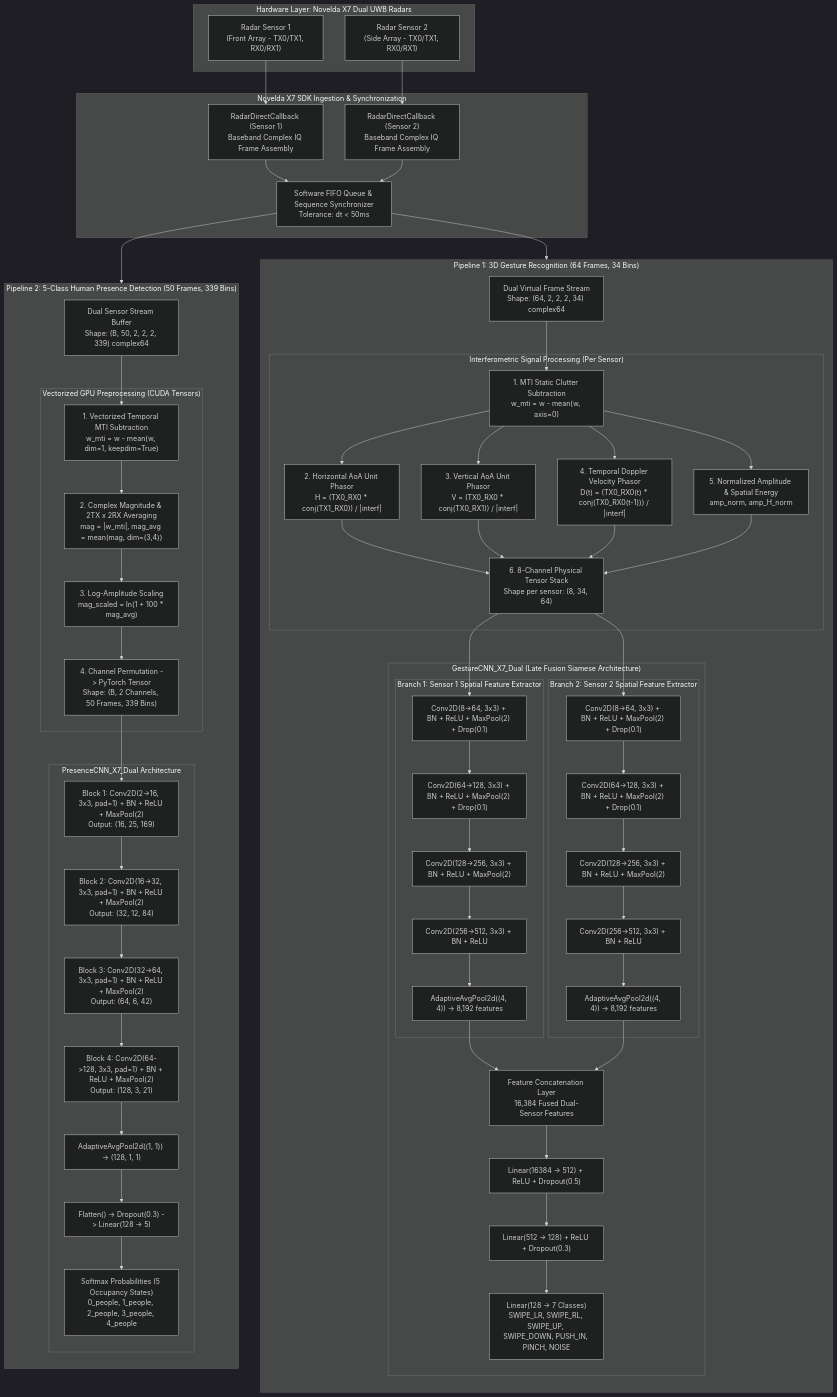
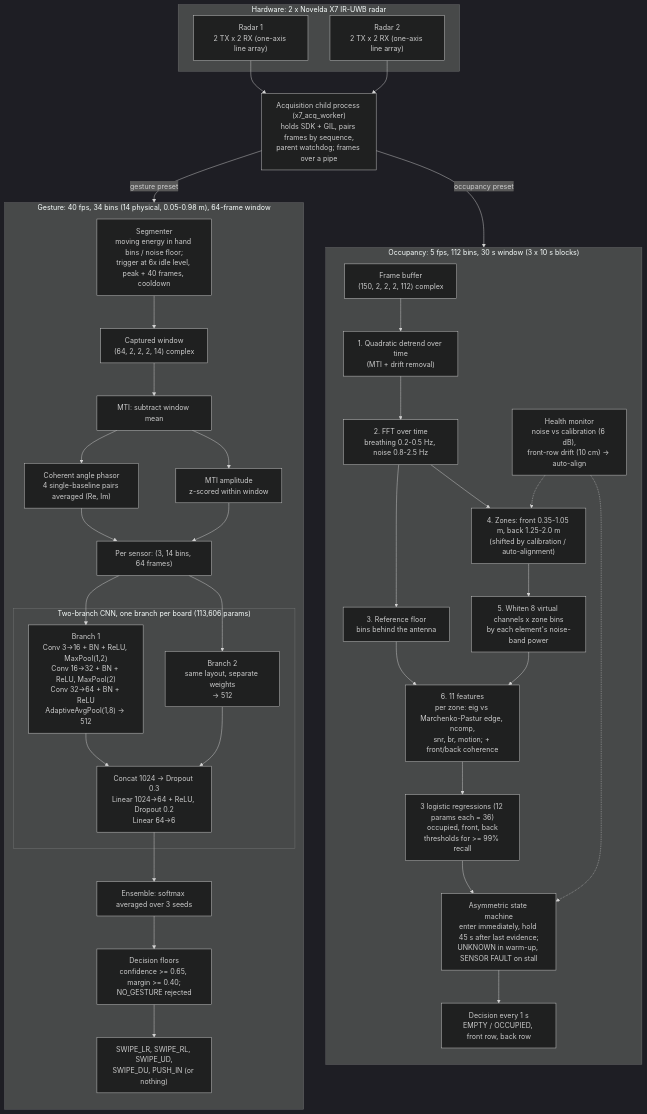
Before and after one commit to Abh004/UWB: the diagram in architecture.mmd, drawn with Mermaid (dark theme). The commit also changed 20 other files, not shown here.

```diff
--- a/architecture.mmd
+++ b/architecture.mmd
@@ -1,108 +1,81 @@
 %% =============================================================================
-%% NOVELDA X7 DUAL-SENSOR RADAR AI ARCHITECTURE
-%% 1. 3D Gesture Recognition Pipeline (Late Fusion Siamese CNN)
-%% 2. 5-Class Presence / Occupancy Detection Pipeline (GPU-Accelerated 2D CNN)
+%% NOVELDA X7 DUAL-SENSOR IN-CABIN RADAR ARCHITECTURE (current implementation)
+%% 1. Occupancy: physics front end + 3 logistic regressions (36 params)
+%%    x7_presence_zone.py, x7_presence_setup.py, models/presence_zone.json
+%% 2. Gesture: peak-driven trigger + two-branch CNN ensemble (113,606 params)
+%%    x7_gesture_core.py, models/gesture_v3.json
+%% Only one pipeline runs at a time, each with its own radar preset.
 %% =============================================================================
 
 graph TB
     %% -------------------------------------------------------------------------
-    %% TOP LEVEL SYSTEM INPUTS
+    %% SHARED HARDWARE AND ACQUISITION
     %% -------------------------------------------------------------------------
-    subgraph HARDWARE ["Hardware Layer: Novelda X7 Dual UWB Radars"]
-        R1["Radar Sensor 1<br/>(Front Array - TX0/TX1, RX0/RX1)"]
-        R2["Radar Sensor 2<br/>(Side Array - TX0/TX1, RX0/RX1)"]
+    subgraph HW ["Hardware: 2 x Novelda X7 IR-UWB radar"]
+        R1["Radar 1<br/>2 TX x 2 RX (one-axis line array)"]
+        R2["Radar 2<br/>2 TX x 2 RX (one-axis line array)"]
     end
 
-    subgraph SDK ["Novelda X7 SDK Ingestion & Synchronization"]
-        SDK1["RadarDirectCallback (Sensor 1)<br/>Baseband Complex IQ Frame Assembly"]
-        SDK2["RadarDirectCallback (Sensor 2)<br/>Baseband Complex IQ Frame Assembly"]
-        SYNC["Software FIFO Queue & Sequence Synchronizer<br/>Tolerance: dt < 50ms"]
+    ACQ["Acquisition child process (x7_acq_worker)<br/>holds SDK + GIL, pairs frames by sequence,<br/>parent watchdog; frames over a pipe"]
+
+    R1 --> ACQ
+    R2 --> ACQ
+
+    %% -------------------------------------------------------------------------
+    %% PIPELINE 1: OCCUPANCY
+    %% -------------------------------------------------------------------------
+    subgraph OCC ["Occupancy: 5 fps, 112 bins, 30 s window (3 x 10 s blocks)"]
+        direction TB
+        O_IN["Frame buffer<br/>(150, 2, 2, 2, 112) complex"]
+        O_DT["1. Quadratic detrend over time<br/>(MTI + drift removal)"]
+        O_FFT["2. FFT over time<br/>breathing 0.2-0.5 Hz, noise 0.8-2.5 Hz"]
+        O_REF["3. Reference floor<br/>bins behind the antenna"]
+        O_ZONE["4. Zones: front 0.35-1.05 m, back 1.25-2.0 m<br/>(shifted by calibration / auto-alignment)"]
+        O_WH["5. Whiten 8 virtual channels x zone bins<br/>by each element's noise-band power"]
+        O_FEAT["6. 11 features<br/>per zone: eig vs Marchenko-Pastur edge, ncomp,<br/>snr, br, motion; + front/back coherence"]
+        O_LR["3 logistic regressions (12 params each = 36)<br/>occupied, front, back<br/>thresholds for >= 99% recall"]
+        O_SM["Asymmetric state machine<br/>enter immediately, hold 45 s after last evidence;<br/>UNKNOWN in warm-up, SENSOR FAULT on stall"]
+        O_HM["Health monitor<br/>noise vs calibration (6 dB),<br/>front-row drift (10 cm) -> auto-align"]
+        O_OUT["Decision every 1 s<br/>EMPTY / OCCUPIED, front row, back row"]
+
+        O_IN --> O_DT --> O_FFT
+        O_FFT --> O_REF & O_ZONE
+        O_ZONE --> O_WH
+        O_REF & O_WH --> O_FEAT
+        O_FEAT --> O_LR --> O_SM --> O_OUT
+        O_HM -.-> O_ZONE
+        O_HM -.-> O_SM
     end
 
-    R1 --> SDK1
-    R2 --> SDK2
-    SDK1 --> SYNC
-    SDK2 --> SYNC
+    %% -------------------------------------------------------------------------
+    %% PIPELINE 2: GESTURE
+    %% -------------------------------------------------------------------------
+    subgraph GES ["Gesture: 40 fps, 34 bins (14 physical, 0.05-0.98 m), 64-frame window"]
+        direction TB
+        G_SEG["Segmenter<br/>moving energy in hand bins / noise floor;<br/>trigger at 6x idle level, peak + 40 frames, cooldown"]
+        G_WIN["Captured window<br/>(64, 2, 2, 2, 14) complex"]
+        G_MTI["MTI: subtract window mean"]
+        G_ANG["Coherent angle phasor<br/>4 single-baseline pairs averaged (Re, Im)"]
+        G_AMP["MTI amplitude<br/>z-scored within window"]
+        G_X["Per sensor: (3, 14 bins, 64 frames)"]
 
-    %% -------------------------------------------------------------------------
-    %% PIPELINE 1: 3D GESTURE RECOGNITION PIPELINE
-    %% -------------------------------------------------------------------------
-    subgraph GESTURE_PIPELINE ["Pipeline 1: 3D Gesture Recognition (64 Frames, 34 Bins)"]
-        direction TB
-        G_INPUT["Dual Virtual Frame Stream<br/>Shape: (64, 2, 2, 2, 34) complex64"]
-        
-        subgraph G_DSP ["Interferometric Signal Processing (Per Sensor)"]
-            G_MTI["1. MTI Static Clutter Subtraction<br/>w_mti = w - mean(w, axis=0)"]
-            G_H["2. Horizontal AoA Unit Phasor<br/>H = (TX0_RX0 * conj(TX1_RX0)) / |interf|"]
-            G_V["3. Vertical AoA Unit Phasor<br/>V = (TX0_RX0 * conj(TX0_RX1)) / |interf|"]
-            G_D["4. Temporal Doppler Velocity Phasor<br/>D(t) = (TX0_RX0(t) * conj(TX0_RX0(t-1))) / |interf|"]
-            G_AMP["5. Normalized Amplitude & Spatial Energy<br/>amp_norm, amp_H_norm"]
-            G_STACK["6. 8-Channel Physical Tensor Stack<br/>Shape per sensor: (8, 34, 64)"]
+        subgraph G_NET ["Two-branch CNN, one branch per board (113,606 params)"]
+            G_B1["Branch 1<br/>Conv 3->16 + BN + ReLU, MaxPool(1,2)<br/>Conv 16->32 + BN + ReLU, MaxPool(2)<br/>Conv 32->64 + BN + ReLU<br/>AdaptiveAvgPool(1,8) -> 512"]
+            G_B2["Branch 2<br/>same layout, separate weights<br/>-> 512"]
+            G_HEAD["Concat 1024 -> Dropout 0.3<br/>Linear 1024->64 + ReLU, Dropout 0.2<br/>Linear 64->6"]
         end
 
-        subgraph G_NET ["GestureCNN_X7_Dual (Late Fusion Siamese Architecture)"]
-            subgraph G_B1 ["Branch 1: Sensor 1 Spatial Feature Extractor"]
-                B1_C1["Conv2D(8->64, 3x3) + BN + ReLU + MaxPool(2) + Drop(0.1)"]
-                B1_C2["Conv2D(64->128, 3x3) + BN + ReLU + MaxPool(2) + Drop(0.1)"]
-                B1_C3["Conv2D(128->256, 3x3) + BN + ReLU + MaxPool(2)"]
-                B1_C4["Conv2D(256->512, 3x3) + BN + ReLU"]
-                B1_P["AdaptiveAvgPool2d((4, 4)) -> 8,192 features"]
-            end
+        G_ENS["Ensemble: softmax averaged over 3 seeds"]
+        G_DEC["Decision floors<br/>confidence >= 0.65, margin >= 0.40;<br/>NO_GESTURE rejected"]
+        G_OUT["SWIPE_LR, SWIPE_RL, SWIPE_UD,<br/>SWIPE_DU, PUSH_IN (or nothing)"]
 
-            subgraph G_B2 ["Branch 2: Sensor 2 Spatial Feature Extractor"]
-                B2_C1["Conv2D(8->64, 3x3) + BN + ReLU + MaxPool(2) + Drop(0.1)"]
-                B2_C2["Conv2D(64->128, 3x3) + BN + ReLU + MaxPool(2) + Drop(0.1)"]
-                B2_C3["Conv2D(128->256, 3x3) + BN + ReLU + MaxPool(2)"]
-                B2_C4["Conv2D(256->512, 3x3) + BN + ReLU"]
-                B2_P["AdaptiveAvgPool2d((4, 4)) -> 8,192 features"]
-            end
-
-            G_CAT["Feature Concatenation Layer<br/>16,384 Fused Dual-Sensor Features"]
-            G_FC1["Linear(16384 -> 512) + ReLU + Dropout(0.5)"]
-            G_FC2["Linear(512 -> 128) + ReLU + Dropout(0.3)"]
-            G_OUT["Linear(128 -> 7 Classes)<br/>SWIPE_LR, SWIPE_RL, SWIPE_UP, SWIPE_DOWN, PUSH_IN, PINCH, NOISE"]
-        end
+        G_SEG --> G_WIN --> G_MTI
+        G_MTI --> G_ANG & G_AMP
+        G_ANG & G_AMP --> G_X
+        G_X --> G_B1 & G_B2
+        G_B1 & G_B2 --> G_HEAD
+        G_HEAD --> G_ENS --> G_DEC --> G_OUT
     end
 
-    SYNC --> G_INPUT
-    G_INPUT --> G_MTI
-    G_MTI --> G_H & G_V & G_D & G_AMP
-    G_H & G_V & G_D & G_AMP --> G_STACK
-    G_STACK --> B1_C1 & B2_C1
-    B1_C1 --> B1_C2 --> B1_C3 --> B1_C4 --> B1_P
-    B2_C1 --> B2_C2 --> B2_C3 --> B2_C4 --> B2_P
-    B1_P & B2_P --> G_CAT
-    G_CAT --> G_FC1 --> G_FC2 --> G_OUT
-
-    %% -------------------------------------------------------------------------
-    %% PIPELINE 2: 5-CLASS OCCUPANCY & PRESENCE DETECTION PIPELINE
-    %% -------------------------------------------------------------------------
-    subgraph PRESENCE_PIPELINE ["Pipeline 2: 5-Class Human Presence Detection (50 Frames, 339 Bins)"]
-        direction TB
-        P_INPUT["Dual Sensor Stream Buffer<br/>Shape: (B, 50, 2, 2, 2, 339) complex64"]
-
-        subgraph P_GPU_DSP ["Vectorized GPU Preprocessing (CUDA Tensors)"]
-            P_MTI["1. Vectorized Temporal MTI Subtraction<br/>w_mti = w - mean(w, dim=1, keepdim=True)"]
-            P_MAG["2. Complex Magnitude & 2TX x 2RX Averaging<br/>mag = |w_mti|, mag_avg = mean(mag, dim=(3,4))"]
-            P_LOG["3. Log-Amplitude Scaling<br/>mag_scaled = ln(1 + 100 * mag_avg)"]
-            P_PERM["4. Channel Permutation -> PyTorch Tensor<br/>Shape: (B, 2 Channels, 50 Frames, 339 Bins)"]
-        end
-
-        subgraph P_NET ["PresenceCNN_X7_Dual Architecture"]
-            P_BLK1["Block 1: Conv2D(2->16, 3x3, pad=1) + BN + ReLU + MaxPool(2)<br/>Output: (16, 25, 169)"]
-            P_BLK2["Block 2: Conv2D(16->32, 3x3, pad=1) + BN + ReLU + MaxPool(2)<br/>Output: (32, 12, 84)"]
-            P_BLK3["Block 3: Conv2D(32->64, 3x3, pad=1) + BN + ReLU + MaxPool(2)<br/>Output: (64, 6, 42)"]
-            P_BLK4["Block 4: Conv2D(64->128, 3x3, pad=1) + BN + ReLU + MaxPool(2)<br/>Output: (128, 3, 21)"]
-            P_GAP["AdaptiveAvgPool2d((1, 1)) -> (128, 1, 1)"]
-            P_DENSE["Flatten() -> Dropout(0.3) -> Linear(128 -> 5)"]
-            P_OUT["Softmax Probabilities (5 Occupancy States)<br/>0_people, 1_people, 2_people, 3_people, 4_people"]
-        end
-    end
-
-    SYNC --> P_INPUT
-    P_INPUT --> P_MTI
-    P_MTI --> P_MAG
-    P_MAG --> P_LOG
-    P_LOG --> P_PERM
-    P_PERM --> P_BLK1
-    P_BLK1 --> P_BLK2 --> P_BLK3 --> P_BLK4 --> P_GAP --> P_DENSE --> P_OUT
+    ACQ -- "occupancy preset" --> O_IN
+    ACQ -- "gesture preset" --> G_SEG
```
